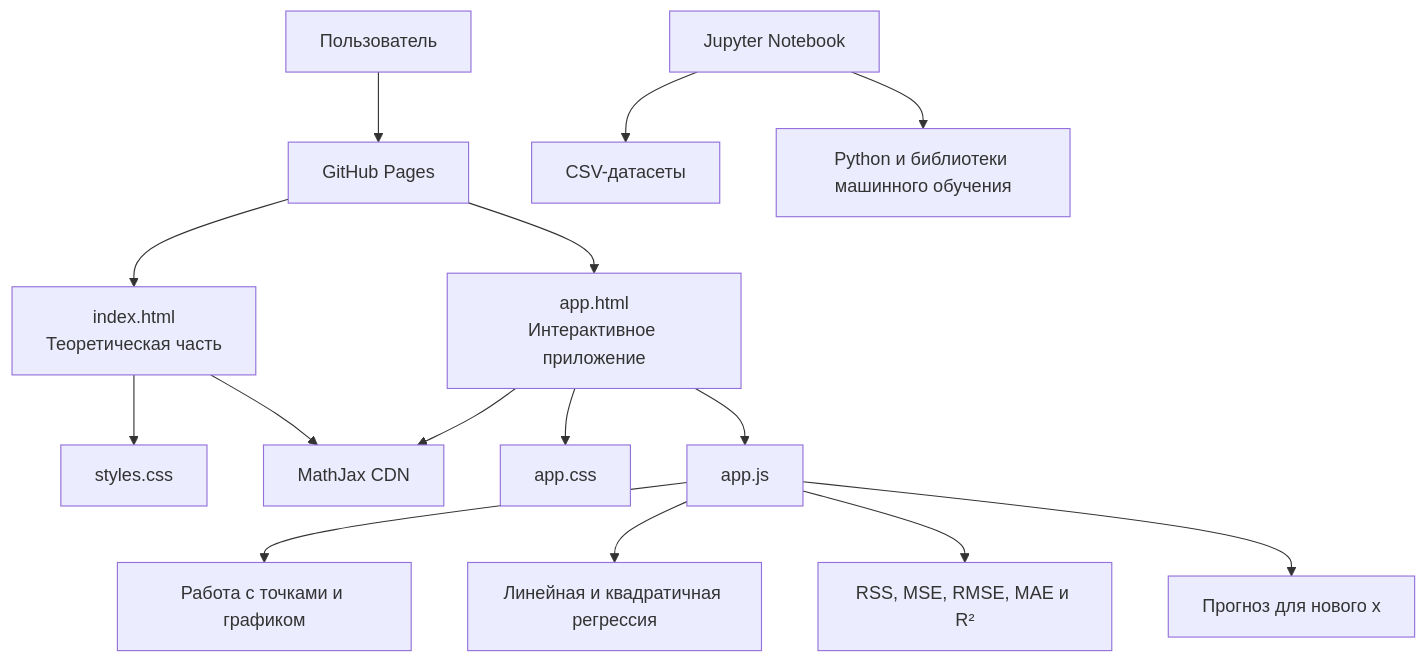
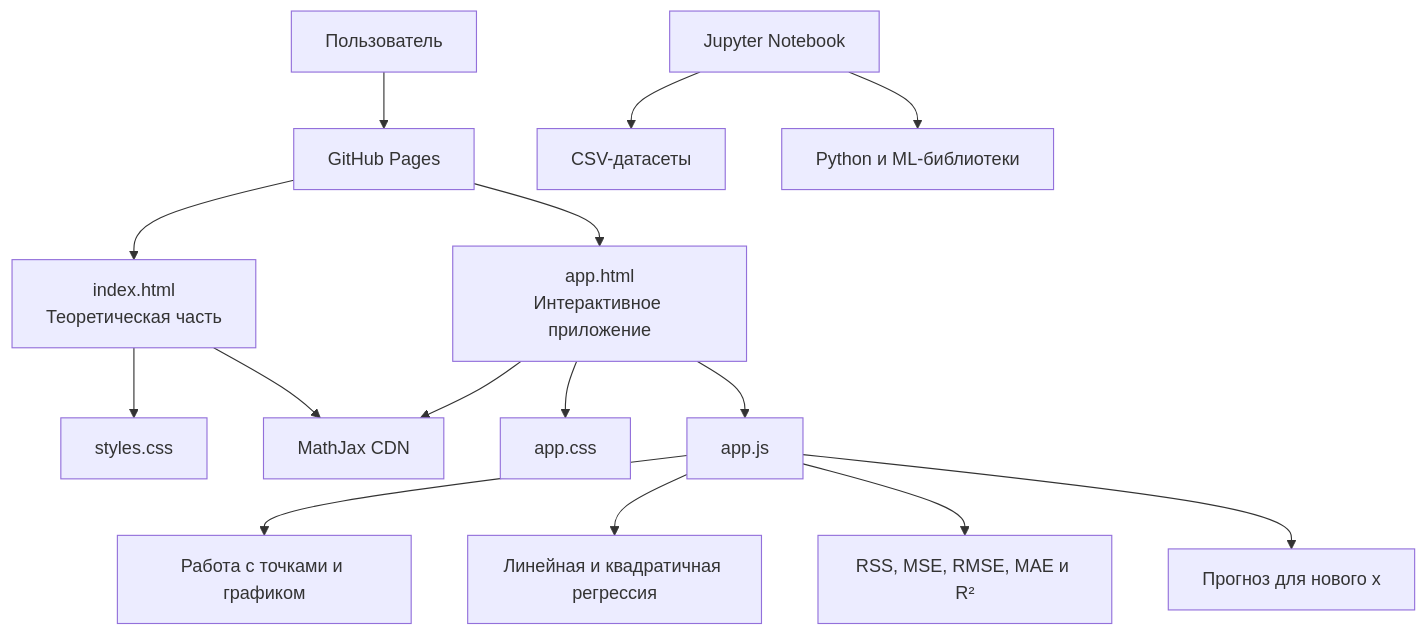
Before and after one commit to Ufpngh/linear_regression_coursework: the diagram in README.md, drawn with Mermaid. The commit also changed other lines of this file, not shown here.

````diff
--- a/README.md
+++ b/README.md
@@ -112,22 +129,22 @@
 ```mermaid
 flowchart TD
     U[Пользователь] --> GP[GitHub Pages]
 
     GP --> THEORY[index.html<br/>Теоретическая часть]
     GP --> APP[app.html<br/>Интерактивное приложение]
 
     THEORY --> STYLES[styles.css]
     THEORY --> MATHJAX[MathJax CDN]
 
     APP --> APPSTYLES[app.css]
     APP --> JS[app.js]
     APP --> MATHJAX
 
     JS --> INTERFACE[Работа с точками и графиком]
     JS --> MODELS[Линейная и квадратичная регрессия]
     JS --> METRICS[RSS, MSE, RMSE, MAE и R²]
     JS --> PREDICTION[Прогноз для нового x]
 
     NOTEBOOK[Jupyter Notebook] --> DATASETS[CSV-датасеты]
-    NOTEBOOK --> LIBRARIES[Python и библиотеки машинного обучения]
+    NOTEBOOK --> LIBRARIES[Python и ML-библиотеки]
 ```
````
